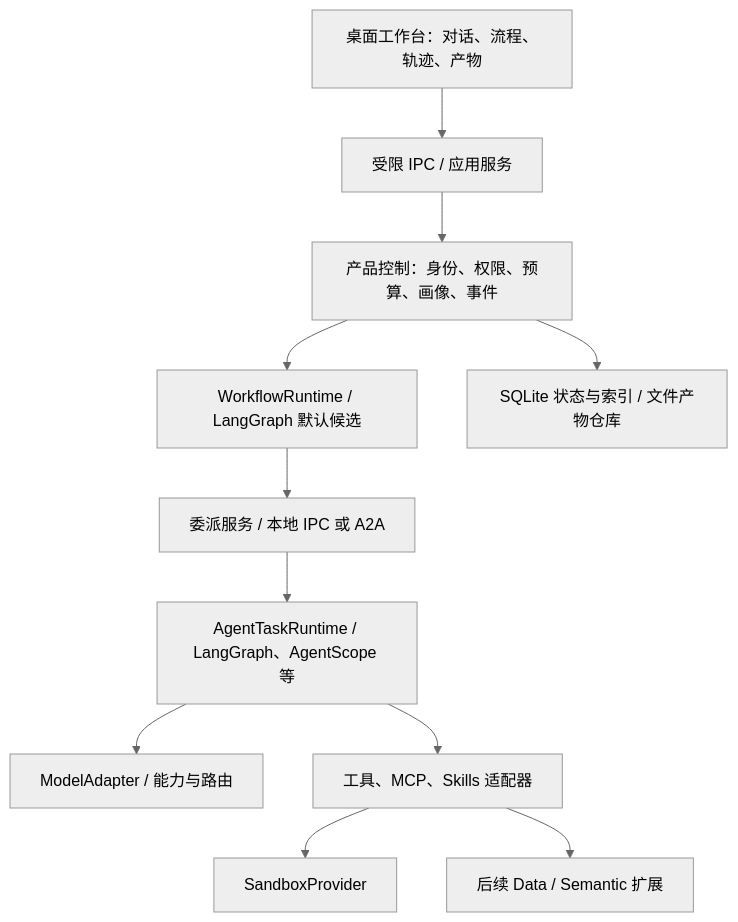
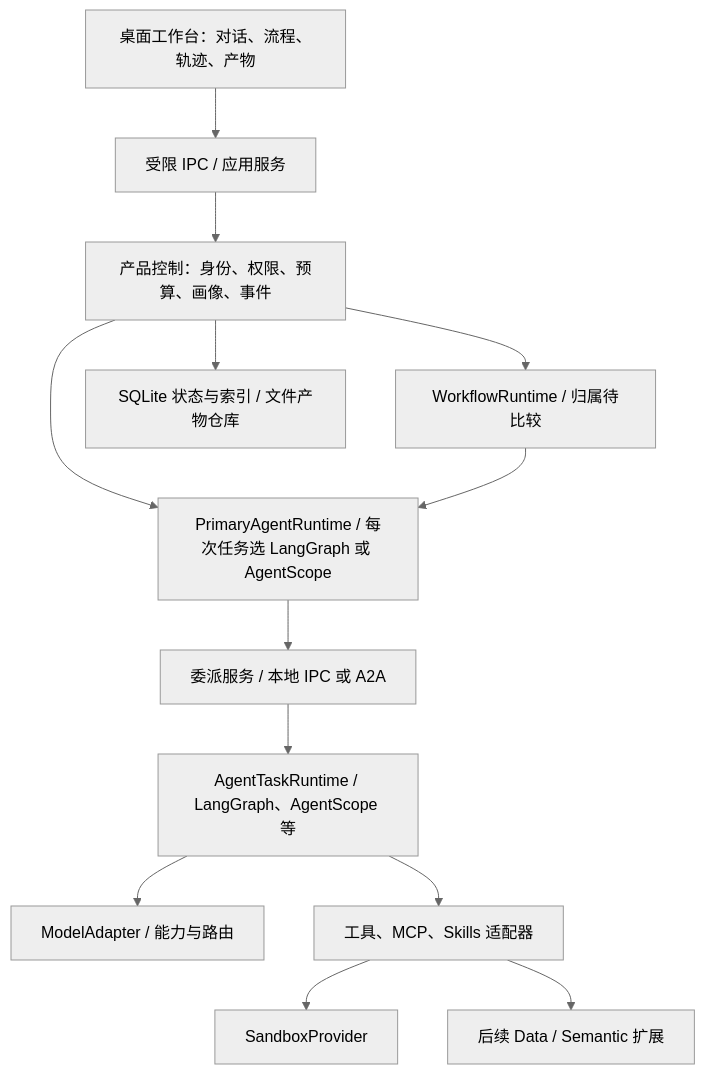
Before and after one commit to zhangtianhong-1998/xuanyue-data-agent: the diagram in docs/architecture/01-candidate-architecture.md, drawn with Mermaid (neutral theme). The commit also changed other lines of this file and 18 other files, not shown here.

````diff
--- a/docs/architecture/01-candidate-architecture.md
+++ b/docs/architecture/01-candidate-architecture.md
@@ -9,13 +9,15 @@
 ```mermaid
 flowchart TD
   UI[桌面工作台：对话、流程、轨迹、产物] --> IPC[受限 IPC / 应用服务]
   IPC --> C[产品控制：身份、权限、预算、画像、事件]
-  C --> R[WorkflowRuntime / LangGraph 默认候选]
-  R --> DG[委派服务 / 本地 IPC 或 A2A]
+  C --> P[PrimaryAgentRuntime / 每次任务选 LangGraph 或 AgentScope]
+  C --> R[WorkflowRuntime / 归属待比较]
+  R --> P
+  P --> DG[委派服务 / 本地 IPC 或 A2A]
   DG --> AE[AgentTaskRuntime / LangGraph、AgentScope 等]
   AE --> M[ModelAdapter / 能力与路由]
   AE --> T[工具、MCP、Skills 适配器]
   T --> S[SandboxProvider]
   T --> D[后续 Data / Semantic 扩展]
   C --> DB[SQLite 状态与索引 / 文件产物仓库]
 ```
````
